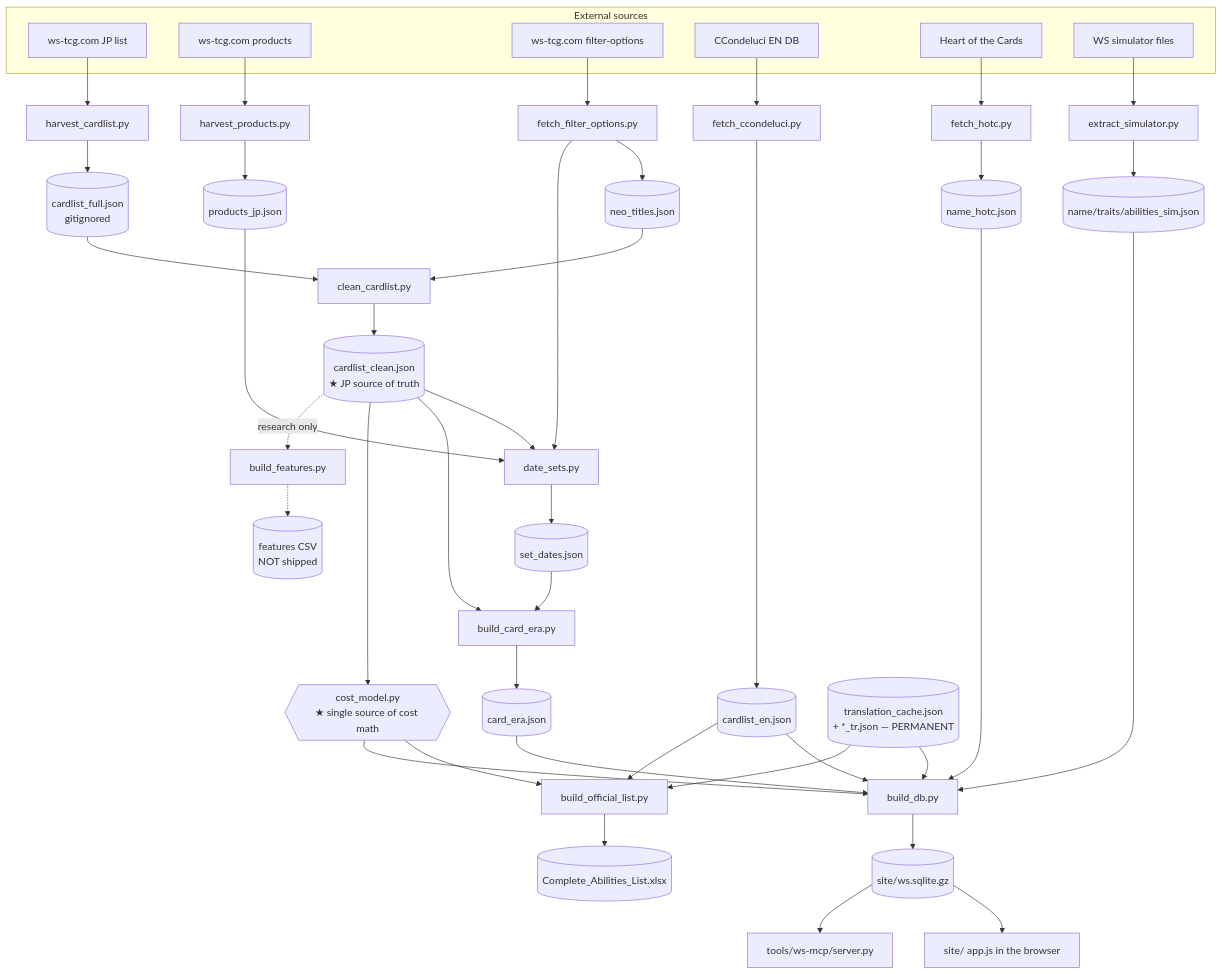
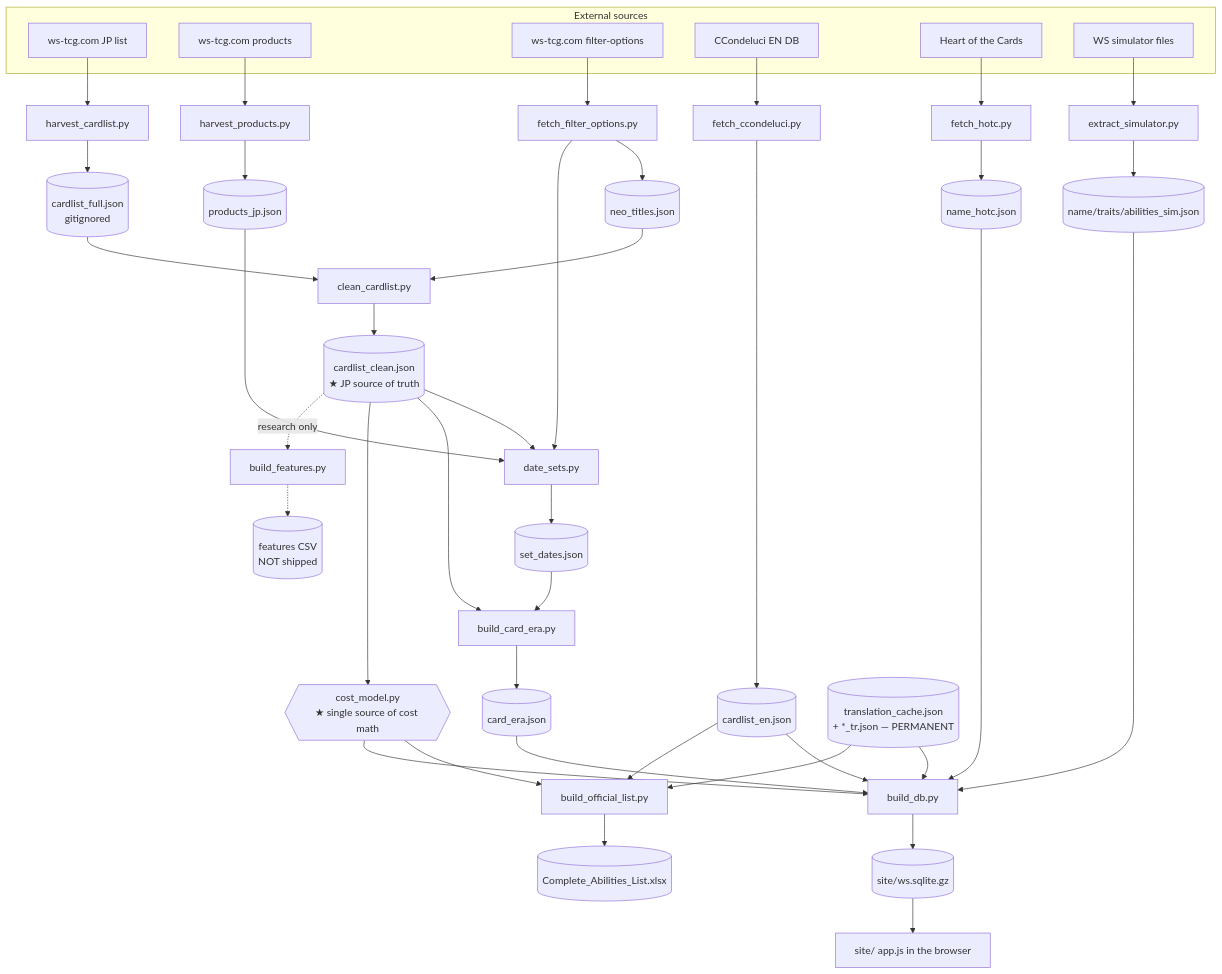
One commit to Cris-Oblea/ws-card-db changed the diagram in documentation/ARCHITECTURE.md. Above: the diagram before and after it, drawn with Mermaid. The commit also changed other lines of this file and 10 other files, not shown here.

First line of the commit message:
chore: remove the unused MCP server

````diff
--- a/documentation/ARCHITECTURE.md
+++ b/documentation/ARCHITECTURE.md
@@ -75,45 +74,44 @@
 ```mermaid
 flowchart TD
     subgraph SRC[External sources]
         JP[ws-tcg.com JP list]
         PROD[ws-tcg.com products]
         FO[ws-tcg.com filter-options]
         EN[CCondeluci EN DB]
         HOTC[Heart of the Cards]
         SIM[WS simulator files]
     end
 
     JP --> HARVEST[harvest_cardlist.py] --> RAW[(cardlist_full.json<br/>gitignored)]
     FO --> FOPT[fetch_filter_options.py] --> NEO[(neo_titles.json)]
     RAW --> CLEAN[clean_cardlist.py]
     NEO --> CLEAN
     CLEAN --> CLN[(cardlist_clean.json<br/>★ JP source of truth)]
 
     PROD --> HPROD[harvest_products.py] --> PRODJ[(products_jp.json)]
     CLN --> DATE[date_sets.py]
     PRODJ --> DATE
     FOPT --> DATE
     DATE --> SD[(set_dates.json)]
     SD --> ERA[build_card_era.py] --> CERA[(card_era.json)]
     CLN --> ERA
 
     EN --> FCC[fetch_ccondeluci.py] --> ENJ[(cardlist_en.json)]
     HOTC --> FHOTC[fetch_hotc.py] --> NHOTC[(name_hotc.json)]
     SIM --> ESIM[extract_simulator.py] --> SIMJ[(name/traits/abilities_sim.json)]
 
     CLN --> CM{{cost_model.py<br/>★ single source of cost math}}
     CERA --> BDB
     ENJ --> BDB
     ENJ --> BOL
     NHOTC --> BDB
     SIMJ --> BDB
     TRC[(translation_cache.json<br/>+ *_tr.json — PERMANENT)] --> BDB
     TRC --> BOL
 
     CM --> BOL[build_official_list.py] --> XLSX[(Complete_Abilities_List.xlsx)]
     CM --> BDB[build_db.py] --> SQL[(site/ws.sqlite.gz)]
     SQL --> SITE[site/ app.js in the browser]
-    SQL --> MCP[tools/ws-mcp/server.py]
 
     CLN -. research only .-> FEAT[build_features.py] -.-> CSV[(features CSV<br/>NOT shipped)]
 ```
````
